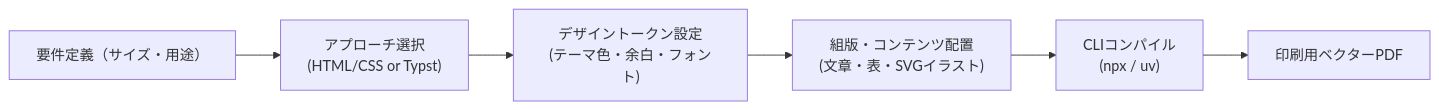
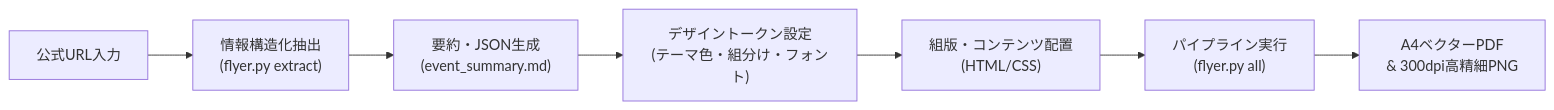
Before and after one commit to fukubaya/event-tokutenkai-plugin: the diagram in skills/event-tokutenkai/SKILL.md, drawn with Mermaid. The commit also changed other lines of this file and 5 other files, not shown here.

````diff
--- a/skills/event-tokutenkai/SKILL.md
+++ b/skills/event-tokutenkai/SKILL.md
@@ -15,8 +15,9 @@
 ```mermaid
 flowchart LR
-    A["要件定義（サイズ・用途）"] --> B["アプローチ選択<br/>(HTML/CSS or Typst)"]
-    B --> C["デザイントークン設定<br/>(テーマ色・余白・フォント)"]
-    C --> D["組版・コンテンツ配置<br/>(文章・表・SVGイラスト)"]
-    D --> E["CLIコンパイル<br/>(npx / uv)"]
-    E --> F["印刷用ベクターPDF"]
+    A0["公式URL入力"] --> A["情報構造化抽出<br/>(flyer.py extract)"]
+    A --> B["要約・JSON生成<br/>(event_summary.md)"]
+    B --> C["デザイントークン設定<br/>(テーマ色・組分け・フォント)"]
+    C --> D["組版・コンテンツ配置<br/>(HTML/CSS)"]
+    D --> E["パイプライン実行<br/>(flyer.py all)"]
+    E --> F["A4ベクターPDF<br/>& 300dpi高精細PNG"]
 ```
````
